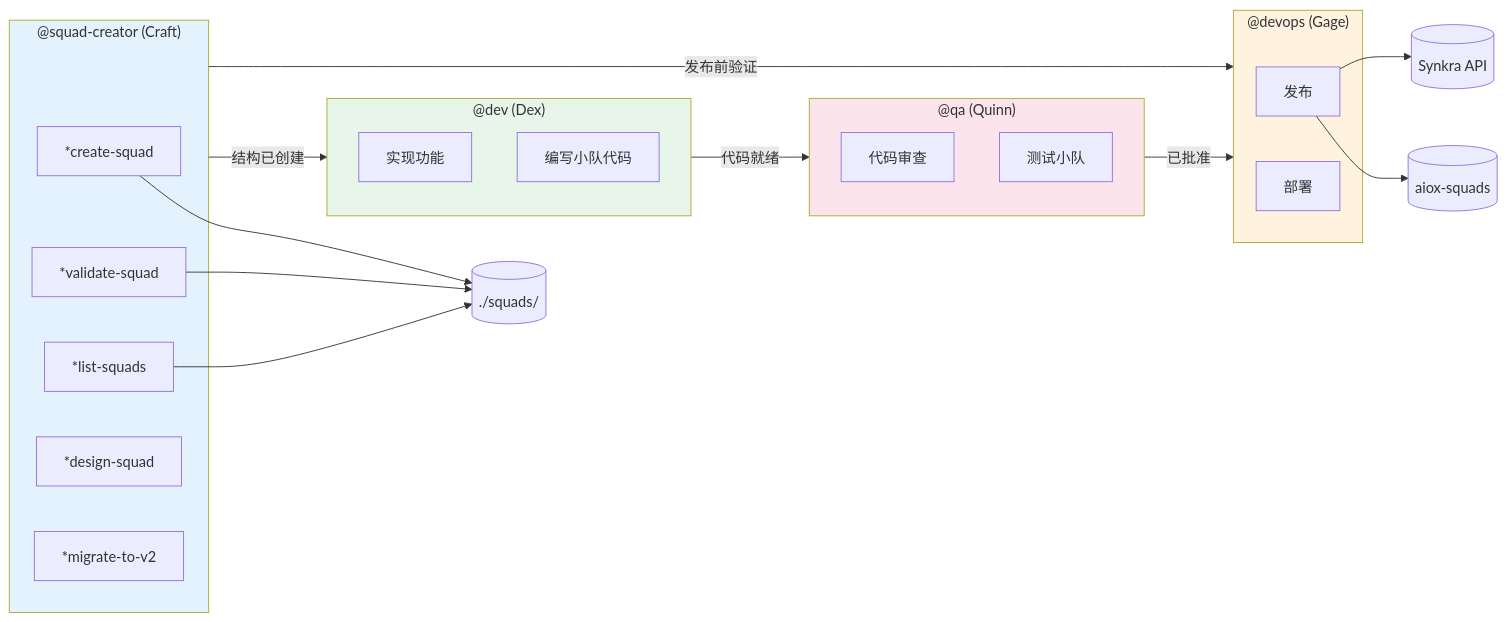
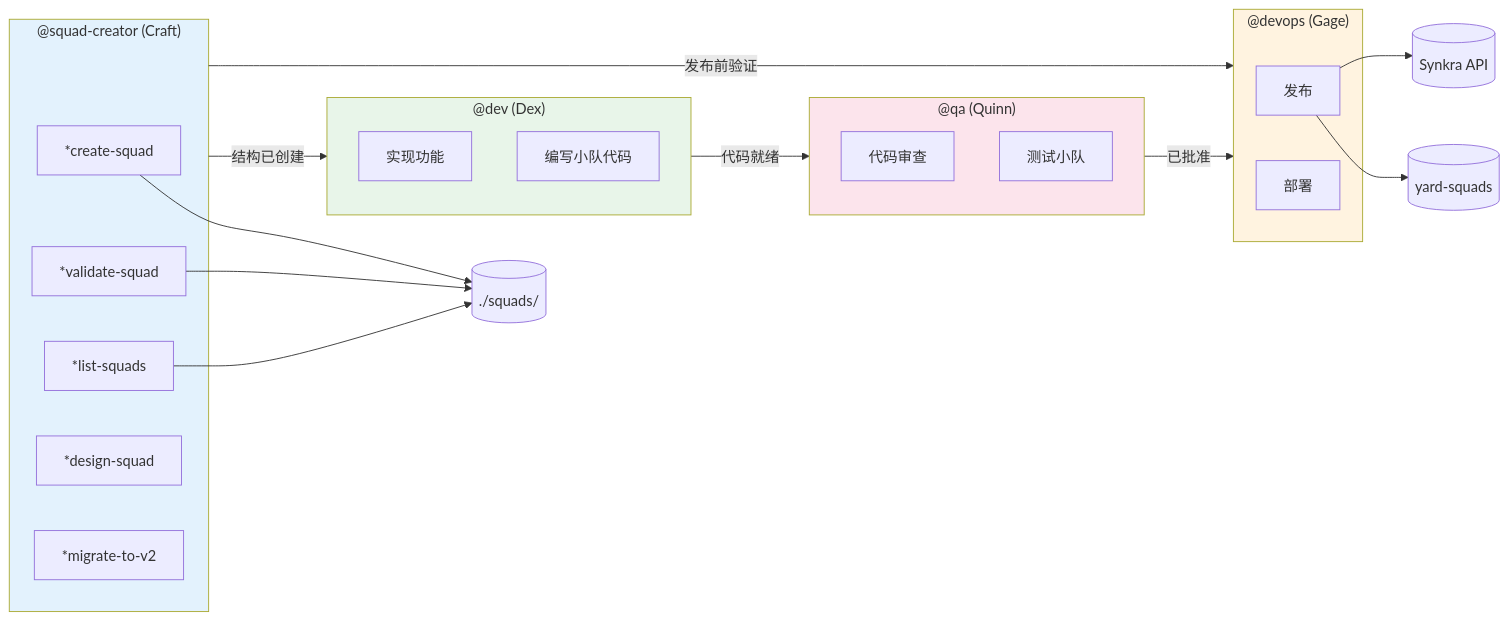
Before and after one commit to ernesto-langa/yard-core: the fifth of 6 diagrams in docs/zh/aiox-agent-flows/squad-creator-system.md, drawn with Mermaid. The commit also changed other lines of this file and 529 other files, not shown here.

````diff
--- a/docs/zh/aiox-agent-flows/squad-creator-system.md
+++ b/docs/zh/aiox-agent-flows/squad-creator-system.md
@@ -433,45 +433,45 @@
 ```mermaid
 flowchart LR
     subgraph SQUAD_CREATOR["@squad-creator (Craft)"]
         SC_CREATE["*create-squad"]
         SC_VALIDATE["*validate-squad"]
         SC_LIST["*list-squads"]
         SC_DESIGN["*design-squad"]
         SC_MIGRATE["*migrate-to-v2"]
     end
 
     subgraph DEV["@dev (Dex)"]
         DEV_IMPL["实现功能"]
         DEV_CODE["编写小队代码"]
     end
 
     subgraph QA["@qa (Quinn)"]
         QA_REVIEW["代码审查"]
         QA_TEST["测试小队"]
     end
 
     subgraph DEVOPS["@devops (Gage)"]
         DEVOPS_PUB["发布"]
         DEVOPS_DEPLOY["部署"]
     end
 
     SQUAD_CREATOR -->|"结构已创建"| DEV
     DEV -->|"代码就绪"| QA
     QA -->|"已批准"| DEVOPS
     SQUAD_CREATOR -->|"发布前验证"| DEVOPS
 
     SQUADS[("./squads/")]
-    AIOX_SQUADS[("aiox-squads")]
+    YARD_SQUADS[("yard-squads")]
     SYNKRA[("Synkra API")]
 
     SC_CREATE --> SQUADS
     SC_VALIDATE --> SQUADS
     SC_LIST --> SQUADS
-    DEVOPS_PUB --> AIOX_SQUADS
+    DEVOPS_PUB --> YARD_SQUADS
     DEVOPS_PUB --> SYNKRA
 
     style SQUAD_CREATOR fill:#e3f2fd
     style DEV fill:#e8f5e9
     style QA fill:#fce4ec
     style DEVOPS fill:#fff3e0
 ```
````
